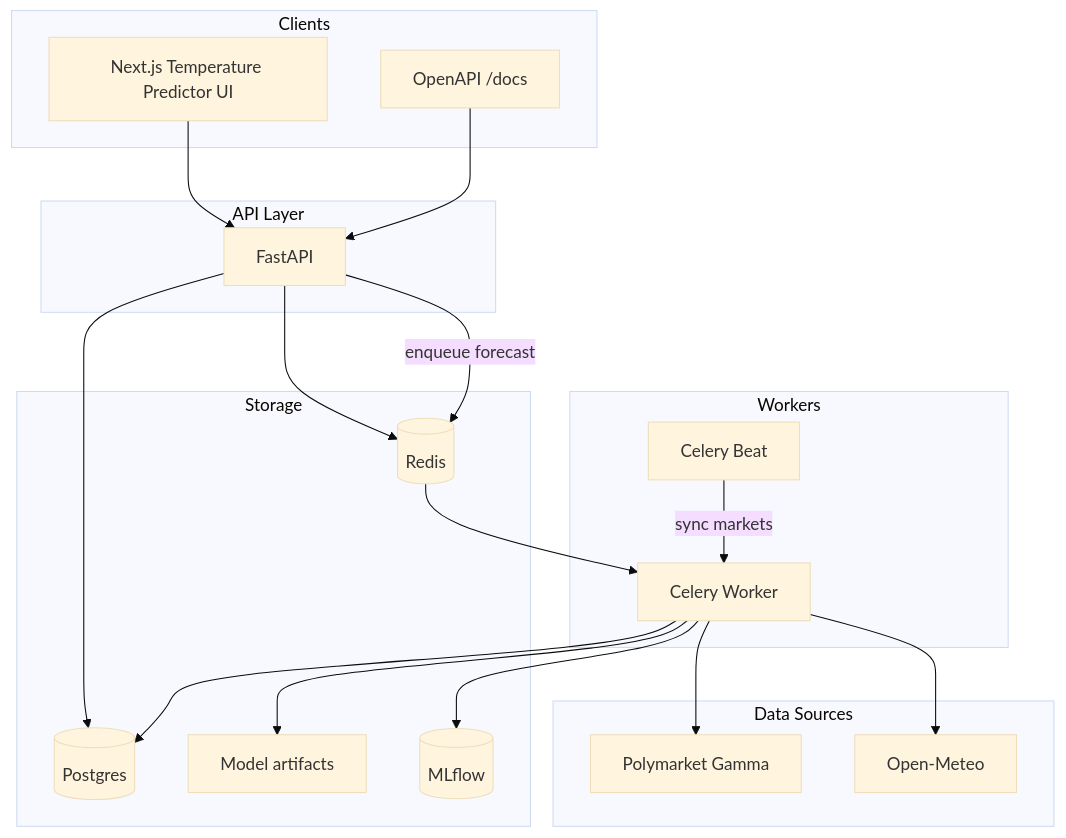
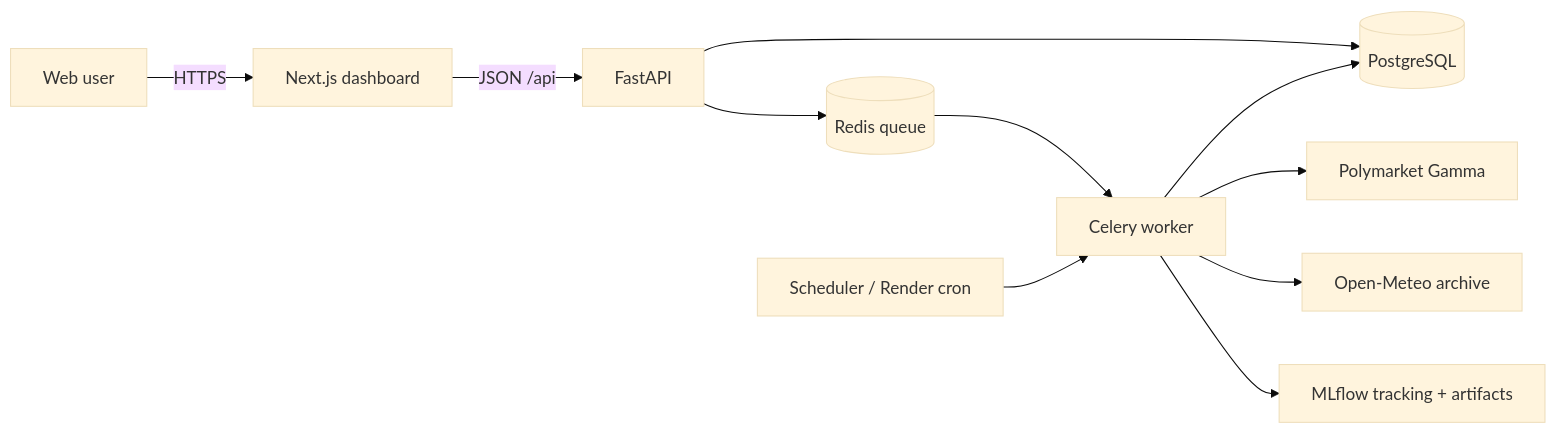
One commit to justTej100/temper changed the diagram in README.md. Above: the diagram before and after it, drawn with Mermaid (base theme). The commit also changed other lines of this file and 321 other files, not shown here.

````diff
--- a/README.md
+++ b/README.md
@@ -24,41 +14,13 @@
 ```mermaid
-flowchart TB
-  subgraph clients [Clients]
-    UI[Next.js Temperature Predictor UI]
-    Docs[OpenAPI /docs]
-  end
-
-  subgraph apiLayer [API Layer]
-    API[FastAPI]
-  end
-
-  subgraph workers [Workers]
-    Beat[Celery Beat]
-    Worker[Celery Worker]
-  end
-
-  subgraph data [Data Sources]
-    Gamma[Polymarket Gamma]
-    OM[Open-Meteo]
-  end
-
-  subgraph store [Storage]
-    PG[(Postgres)]
-    Redis[(Redis)]
-    Artifacts[Model artifacts]
-    MLflow[(MLflow)]
-  end
-
-  UI --> API
-  Docs --> API
-  API --> PG
-  API --> Redis
-  Beat -->|sync markets| Worker
-  Worker --> Gamma
-  Worker --> OM
+flowchart LR
+  User[Web user] -->|HTTPS| Next[Next.js dashboard]
+  Next -->|JSON /api| API[FastAPI]
+  API --> PG[(PostgreSQL)]
+  API --> Redis[(Redis queue)]
+  Redis --> Worker[Celery worker]
+  Cron[Scheduler / Render cron] --> Worker
+  Worker --> Gamma[Polymarket Gamma]
+  Worker --> OM[Open-Meteo archive]
   Worker --> PG
-  Worker --> Artifacts
-  Worker --> MLflow
-  API -->|enqueue forecast| Redis
-  Redis --> Worker
+  Worker --> MLflow[MLflow tracking + artifacts]
 ```
````
